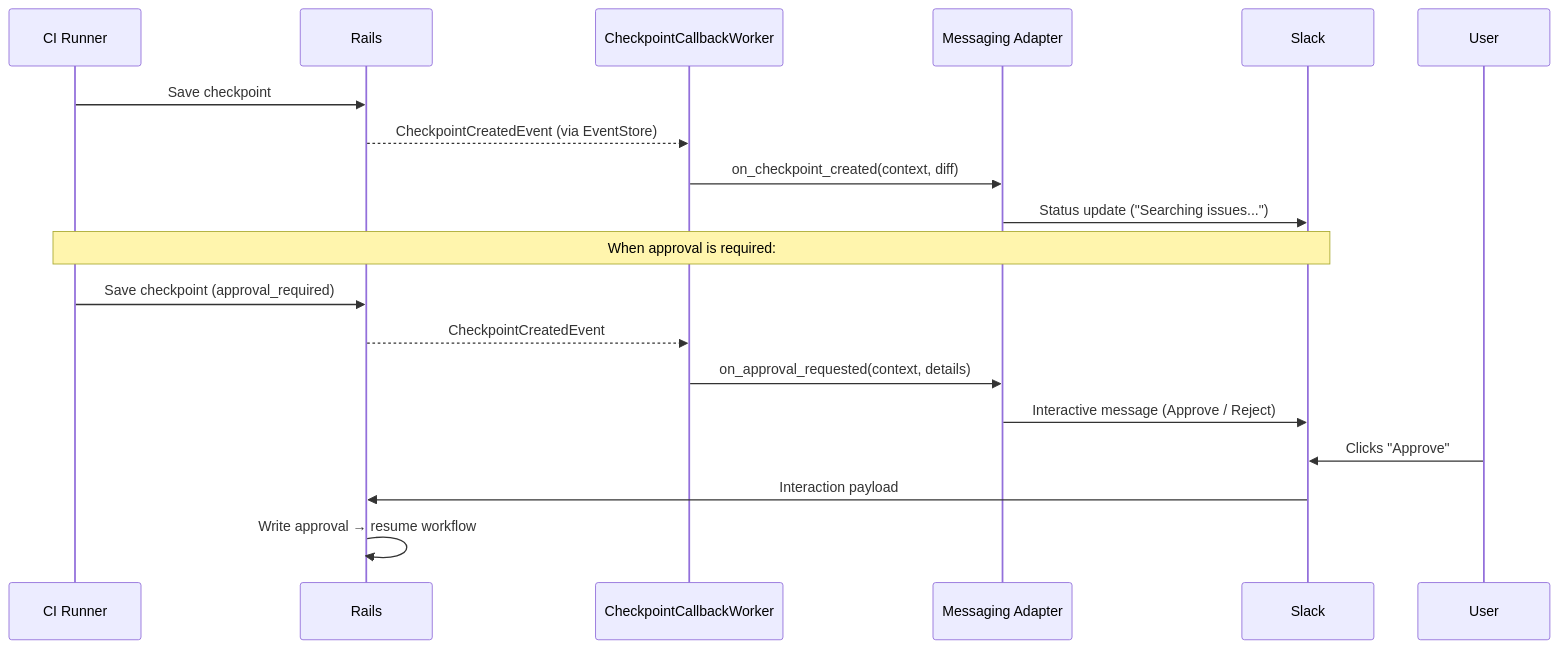
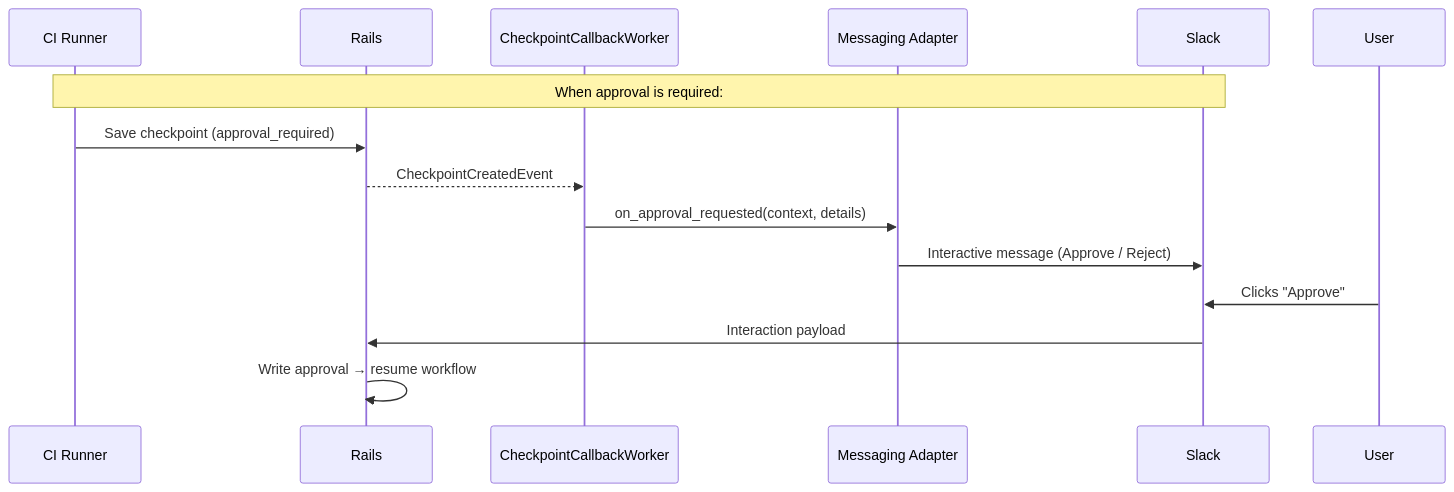
The fourth of 4 diagrams in content/handbook/engineering/architecture/design-documents/duo_workflow/decisions/008_duo_messaging_service.md (kyama0/gitlab-handbook-ja), drawn with Mermaid before and after one commit. The commit also changed other lines of this file and 123 other files, not shown here.

````diff
--- a/content/handbook/engineering/architecture/design-documents/duo_workflow/decisions/008_duo_messaging_service.md
+++ b/content/handbook/engineering/architecture/design-documents/duo_workflow/decisions/008_duo_messaging_service.md
@@ -156,23 +197,18 @@
 ```mermaid
 sequenceDiagram
     participant CI as CI Runner
     participant Rails as Rails
     participant CW as CheckpointCallbackWorker
     participant Adapter as Messaging Adapter
     participant Slack as Slack
     participant User as User
-
-    CI->>Rails: Save checkpoint
-    Rails-->>CW: CheckpointCreatedEvent (via EventStore)
-    CW->>Adapter: on_checkpoint_created(context, diff)
-    Adapter->>Slack: Status update ("Searching issues...")
 
     Note over CI,Slack: When approval is required:
     CI->>Rails: Save checkpoint (approval_required)
     Rails-->>CW: CheckpointCreatedEvent
     CW->>Adapter: on_approval_requested(context, details)
     Adapter->>Slack: Interactive message (Approve / Reject)
     User->>Slack: Clicks "Approve"
     Slack->>Rails: Interaction payload
     Rails->>Rails: Write approval → resume workflow
 ```
````
